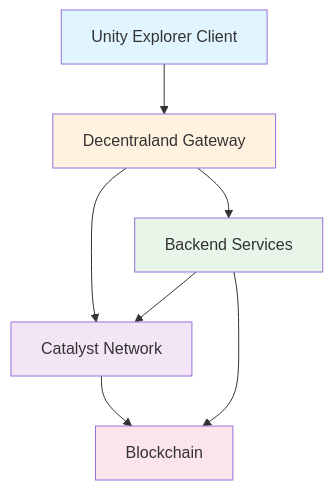
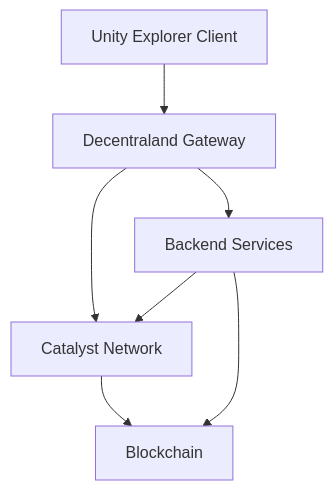
Before and after one commit to drkrillo/docs: the first of 3 diagrams in contributor/architecture/architecture.md, drawn with Mermaid. The commit also changed 2 other files, not shown here.

Commit message:
docs: mermeid update

````diff
--- a/contributor/architecture/architecture.md
+++ b/contributor/architecture/architecture.md
@@ -17,21 +17,15 @@
 ```mermaid
 flowchart TB
     Client[Unity Explorer Client]
     Gateway[Decentraland Gateway]
     Catalyst[Catalyst Network]
     Services[Backend Services]
     Blockchain[Blockchain]
     
     Client --> Gateway
     Gateway --> Catalyst
     Gateway --> Services
     Services --> Catalyst
     Services --> Blockchain
     Catalyst --> Blockchain
-    
-    style Client fill:#e1f5fe
-    style Gateway fill:#fff3e0
-    style Catalyst fill:#f3e5f5
-    style Services fill:#e8f5e9
-    style Blockchain fill:#fce4ec
 ```
````
